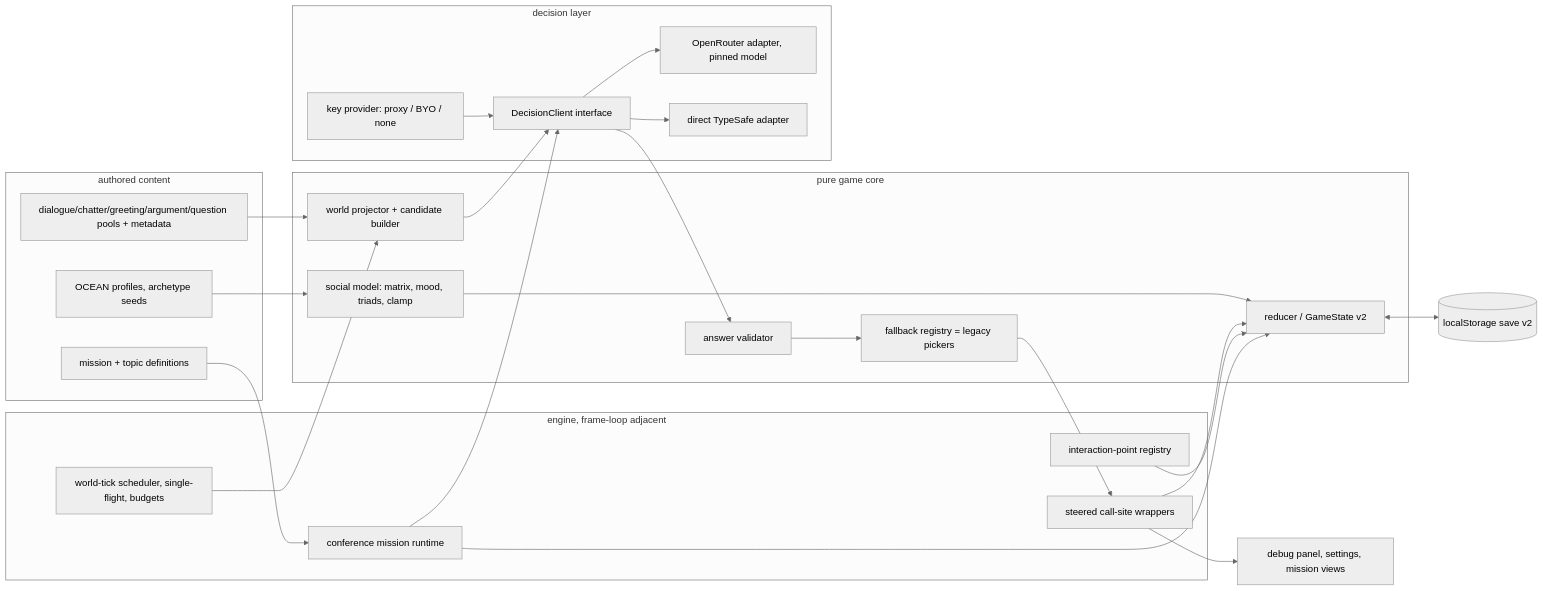
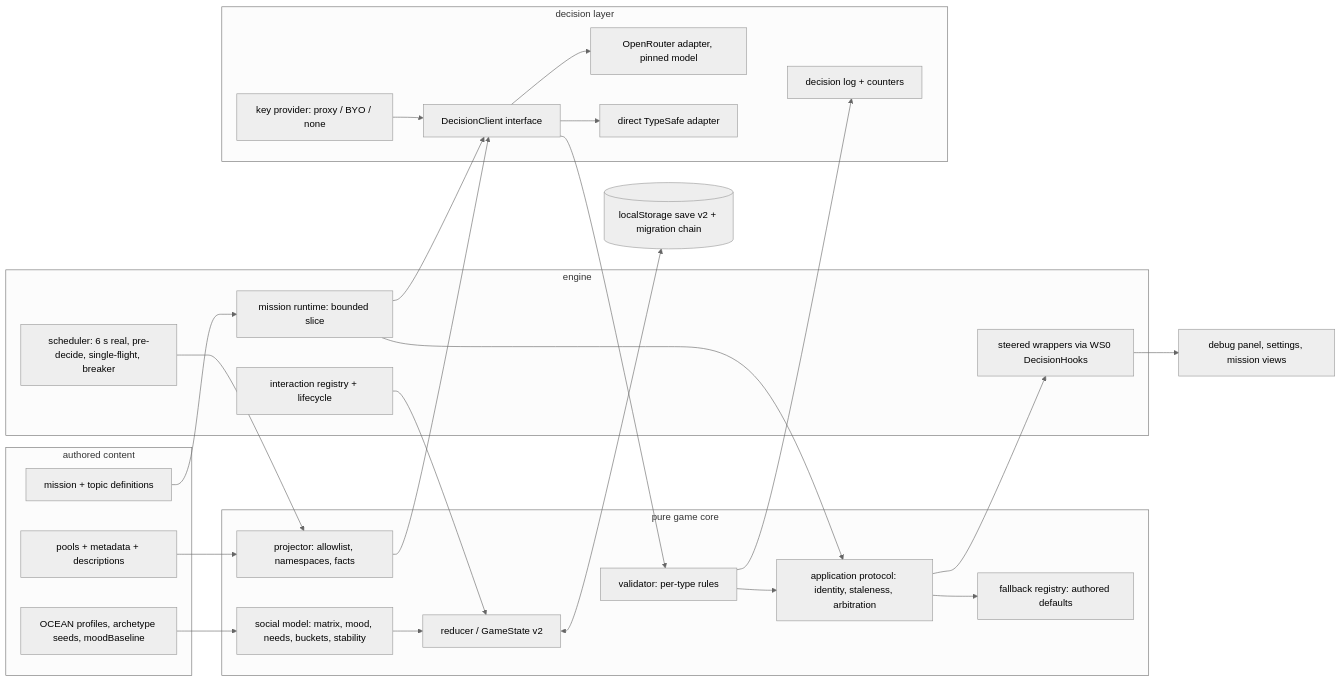
The first of 3 diagrams in docs/ADR/0009-jev-npc-decision-steering.md (LucasMatuszewski/ai-trainer-simulator), drawn with Mermaid (neutral theme) before and after one commit. The commit also changed other lines of this file and 5 other files, not shown here.

````diff
--- a/docs/ADR/0009-jev-npc-decision-steering.md
+++ b/docs/ADR/0009-jev-npc-decision-steering.md
@@ -284,45 +414,49 @@
 ```mermaid
 flowchart LR
     subgraph Content[authored content]
-        POOLS[dialogue/chatter/greeting/argument/question pools + metadata]
-        PROFILES[OCEAN profiles, archetype seeds]
+        POOLS[pools + metadata + descriptions]
+        PROFILES[OCEAN profiles, archetype seeds, moodBaseline]
         MISSIONS[mission + topic definitions]
     end
     subgraph Game[pure game core]
         RED[reducer / GameState v2]
-        SOCIAL[social model: matrix, mood, triads, clamp]
-        PROJ[world projector + candidate builder]
-        VAL[answer validator]
-        FB[fallback registry = legacy pickers]
+        SOCIAL[social model: matrix, mood, needs, buckets, stability]
+        PROJ[projector: allowlist, namespaces, facts]
+        VAL[validator: per-type rules]
+        FB[fallback registry: authored defaults]
+        APPLY[application protocol: identity, staleness, arbitration]
     end
-    subgraph Engine[engine, frame-loop adjacent]
-        TICK[world-tick scheduler, single-flight, budgets]
-        WRAP[steered call-site wrappers]
-        IPT[interaction-point registry]
-        MISS[conference mission runtime]
+    subgraph Engine[engine]
+        TICK[scheduler: 6 s real, pre-decide, single-flight, breaker]
+        WRAP[steered wrappers via WS0 DecisionHooks]
+        IPT[interaction registry + lifecycle]
+        MISS[mission runtime: bounded slice]
     end
     subgraph Jev[decision layer]
         CLI[DecisionClient interface]
         OR[OpenRouter adapter, pinned model]
         DIRECT[direct TypeSafe adapter]
         KEYS[key provider: proxy / BYO / none]
+        LOG[decision log + counters]
     end
     UI[debug panel, settings, mission views]
-    SAVE[(localStorage save v2)]
+    SAVE[(localStorage save v2 + migration chain)]
 
     POOLS --> PROJ
     PROFILES --> SOCIAL
     MISSIONS --> MISS
     TICK --> PROJ --> CLI
     CLI --> OR
     CLI --> DIRECT
     KEYS --> CLI
-    CLI --> VAL --> FB --> WRAP
+    CLI --> VAL --> APPLY
+    APPLY --> FB
+    APPLY --> WRAP
     SOCIAL --> RED
-    WRAP --> RED
     IPT --> RED
     MISS --> CLI
-    MISS --> RED
+    MISS --> APPLY
     RED <--> SAVE
+    VAL --> LOG
     WRAP --> UI
 ```
````
